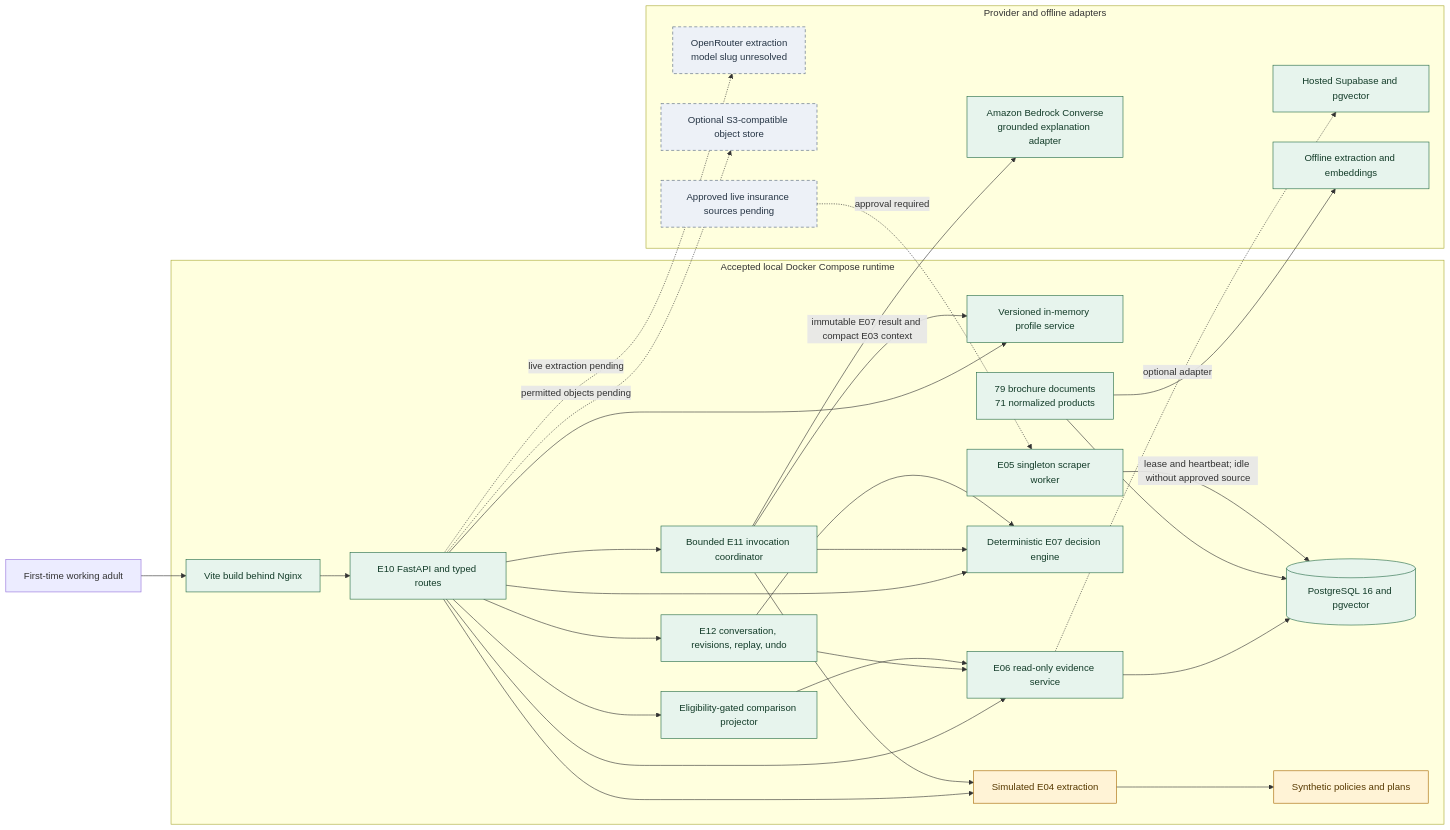
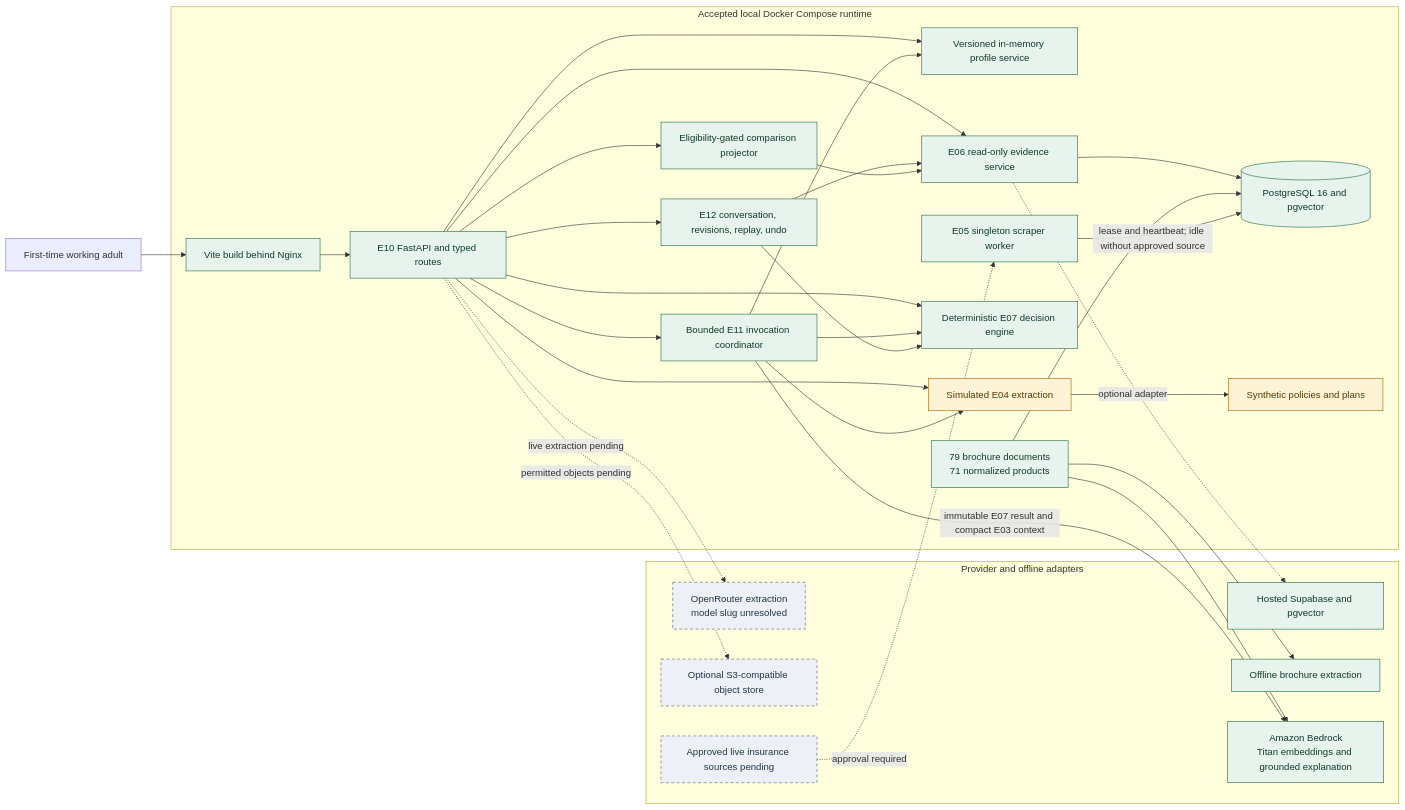
Before and after one commit to dgxy2002/sn-hackathon: the diagram in docs/diagrams/architecture.md, drawn with Mermaid. The commit also changed other lines of this file and 19 other files, not shown here.

````diff
--- a/docs/diagrams/architecture.md
+++ b/docs/diagrams/architecture.md
@@ -5,61 +5,62 @@
 ```mermaid
 flowchart LR
     User[First-time working adult]
 
     subgraph Local[Accepted local Docker Compose runtime]
         Web[Vite build behind Nginx]
         API[E10 FastAPI and typed routes]
         Profile[Versioned in-memory profile service]
         Extraction[Simulated E04 extraction]
         Evidence[E06 read-only evidence service]
         Compare[Eligibility-gated comparison projector]
         Rules[Deterministic E07 decision engine]
         Coordinator[Bounded E11 invocation coordinator]
         Conversation[E12 conversation, revisions, replay, undo]
         Scraper[E05 singleton scraper worker]
         DB[(PostgreSQL 16 and pgvector)]
         Corpus[79 brochure documents<br/>71 normalized products]
         Fixtures[Synthetic policies and plans]
     end
 
     subgraph Providers[Provider and offline adapters]
         Supabase[Hosted Supabase and pgvector]
-        OpenAI[Offline extraction and embeddings]
+        OpenAI[Offline brochure extraction]
         OpenRouter[OpenRouter extraction<br/>model slug unresolved]
-        Bedrock[Amazon Bedrock Converse<br/>grounded explanation adapter]
+        Bedrock[Amazon Bedrock<br/>Titan embeddings and grounded explanation]
         Store[Optional S3-compatible object store]
         Sources[Approved live insurance sources pending]
     end
 
     User --> Web --> API
     API --> Profile
     API --> Extraction
     API --> Evidence
     API --> Compare
     API --> Rules
     API --> Coordinator
     API --> Conversation
     Extraction --> Fixtures
     Coordinator --> Profile
     Coordinator --> Extraction
     Coordinator --> Rules
     Conversation --> Evidence
     Conversation --> Rules
     Compare --> Evidence
     Evidence --> DB
     Corpus --> DB
     Scraper -->|lease and heartbeat; idle without approved source| DB
     Corpus --> OpenAI
+    Corpus --> Bedrock
     Evidence -. optional adapter .-> Supabase
     Sources -. approval required .-> Scraper
     API -. live extraction pending .-> OpenRouter
     Coordinator -->|immutable E07 result and compact E03 context| Bedrock
     API -. permitted objects pending .-> Store
 
     classDef implemented fill:#e7f4ed,stroke:#246b45,color:#123b28;
     classDef simulated fill:#fff3d6,stroke:#a66500,color:#573900;
     classDef planned fill:#edf1f7,stroke:#53657d,color:#263545,stroke-dasharray: 5 4;
     class Web,API,Profile,Evidence,Compare,Rules,Coordinator,Conversation,Scraper,DB,Corpus,OpenAI,Supabase,Bedrock implemented;
     class Extraction,Fixtures simulated;
     class OpenRouter,Store,Sources planned;
 ```
````
